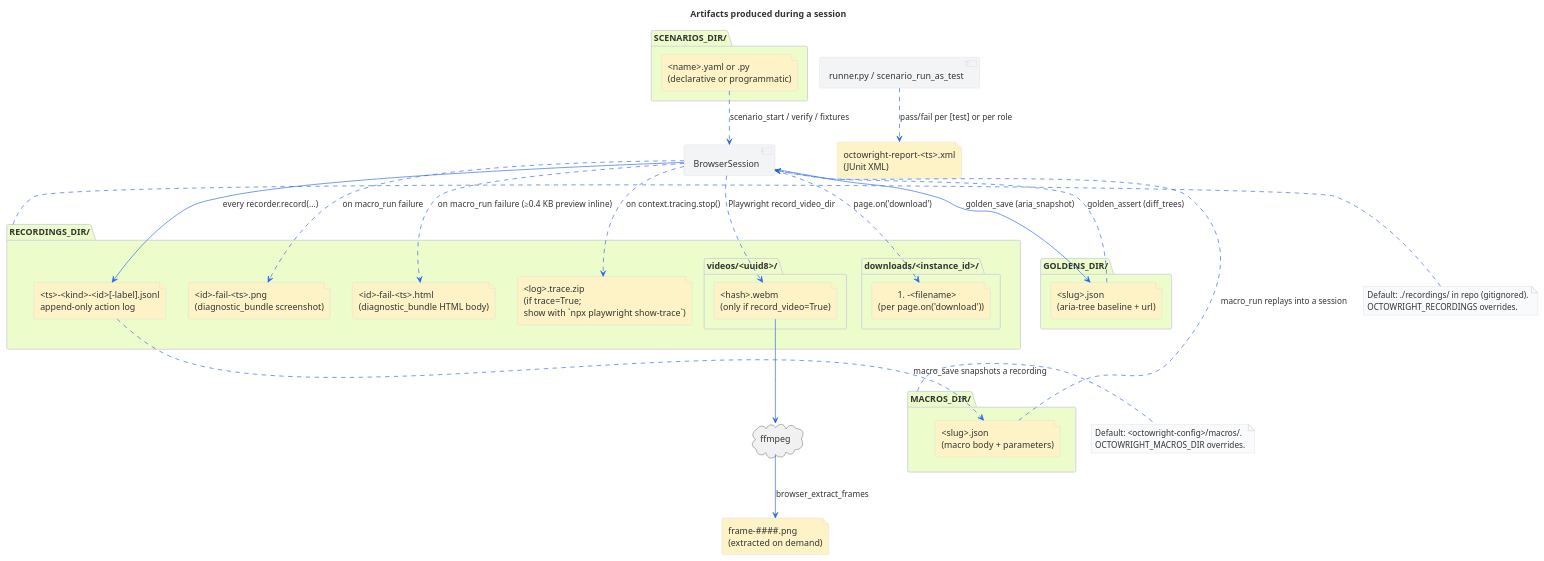
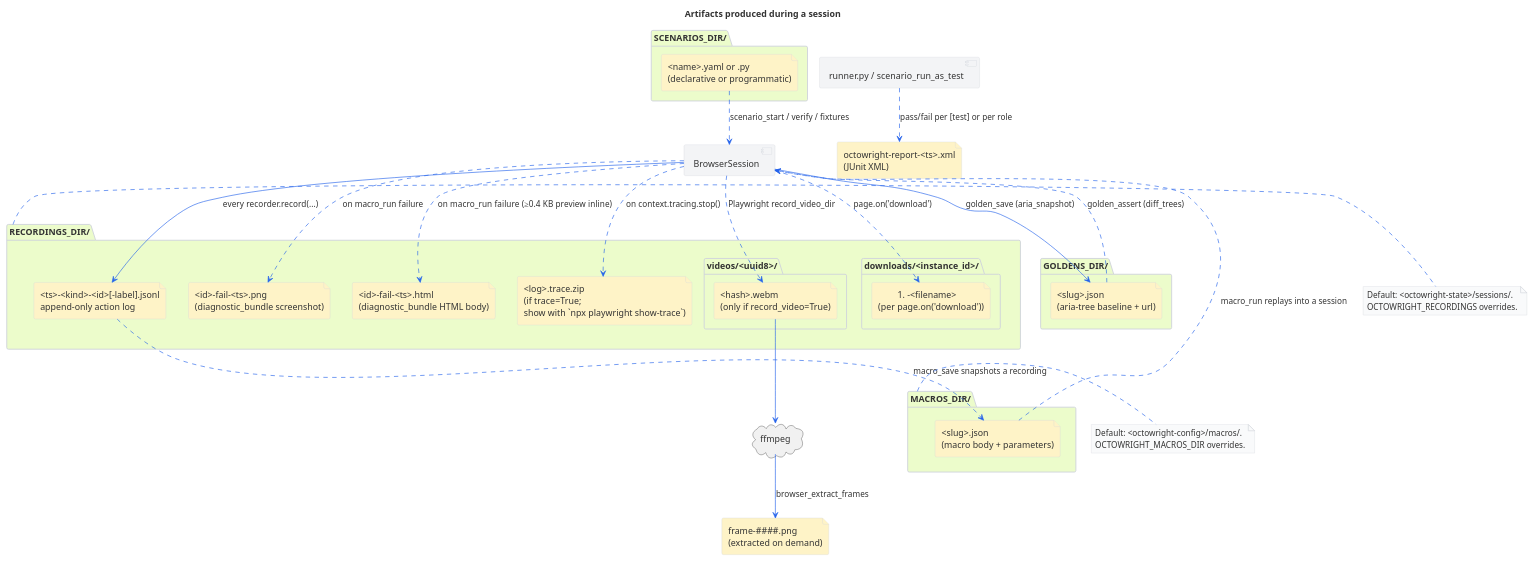
The diagram in docs/architecture/artifact-flow.puml (livingstaccato/octowright), drawn with PlantUML before and after one commit. The commit also changed 31 other files, not shown here.

```diff
--- a/docs/architecture/artifact-flow.puml
+++ b/docs/architecture/artifact-flow.puml
@@ -5,77 +5,77 @@
 @startuml artifact-flow
 title Artifacts produced during a session
 
 skinparam backgroundColor #ffffff
 skinparam defaultFontColor #333333
 skinparam componentBorderColor #d1d5db
 skinparam componentBackgroundColor #f3f4f6
 skinparam folderBackgroundColor #ecfccb
 skinparam folderBorderColor #d1d5db
 skinparam fileBackgroundColor #fef3c7
 skinparam fileBorderColor #d1d5db
 skinparam arrowColor #2563eb
 skinparam noteBackgroundColor #f9fafb
 skinparam noteBorderColor #d1d5db
 
 [BrowserSession] as SESSION
 
 folder "RECORDINGS_DIR/" as REC {
   file "<ts>-<kind>-<id>[-label].jsonl\nappend-only action log" as JSONL
   folder "videos/<uuid8>/" as VDIR {
     file "<hash>.webm\n(only if record_video=True)" as WEBM
   }
   folder "downloads/<instance_id>/" as DLDIR {
     file "###-<filename>\n(per page.on('download'))" as DLFILES
   }
   file "<id>-fail-<ts>.png\n(diagnostic_bundle screenshot)" as FAILPNG
   file "<id>-fail-<ts>.html\n(diagnostic_bundle HTML body)" as FAILHTML
   file "<log>.trace.zip\n(if trace=True;\nshow with `npx playwright show-trace`)" as TRACEZIP
 }
 
 folder "MACROS_DIR/" as MAC {
   file "<slug>.json\n(macro body + parameters)" as MACFILE
 }
 
 folder "GOLDENS_DIR/" as GOLD {
   file "<slug>.json\n(aria-tree baseline + url)" as GOLDFILE
 }
 
 folder "SCENARIOS_DIR/" as SCN {
   file "<name>.yaml or .py\n(declarative or programmatic)" as SCNFILE
 }
 
 cloud "ffmpeg" as FFMPEG
 file "frame-####.png\n(extracted on demand)" as FRAMES
 file "octowright-report-<ts>.xml\n(JUnit XML)" as JUNIT
 
 SESSION --> JSONL : every recorder.record(...)
 SESSION ..> WEBM : Playwright record_video_dir
 SESSION ..> DLFILES : page.on('download')
 SESSION ..> FAILPNG : on macro_run failure
 SESSION ..> FAILHTML : on macro_run failure (≥0.4 KB preview inline)
 SESSION ..> TRACEZIP : on context.tracing.stop()
 
 JSONL ..> MACFILE : macro_save snapshots a recording
 MACFILE ..> SESSION : macro_run replays into a session
 
 SESSION --> GOLDFILE : golden_save (aria_snapshot)
 GOLDFILE ..> SESSION : golden_assert (diff_trees)
 
 SCNFILE ..> SESSION : scenario_start / verify / fixtures
 
 WEBM --> FFMPEG
 FFMPEG --> FRAMES : browser_extract_frames
 
 [runner.py / scenario_run_as_test] ..> JUNIT : pass/fail per [test] or per role
 
 note right of REC
-  Default: ./recordings/ in repo (gitignored).
+  Default: <octowright-state>/sessions/.
   OCTOWRIGHT_RECORDINGS overrides.
 end note
 
 note right of MAC
   Default: <octowright-config>/macros/.
   OCTOWRIGHT_MACROS_DIR overrides.
 end note
 
 @enduml
```
